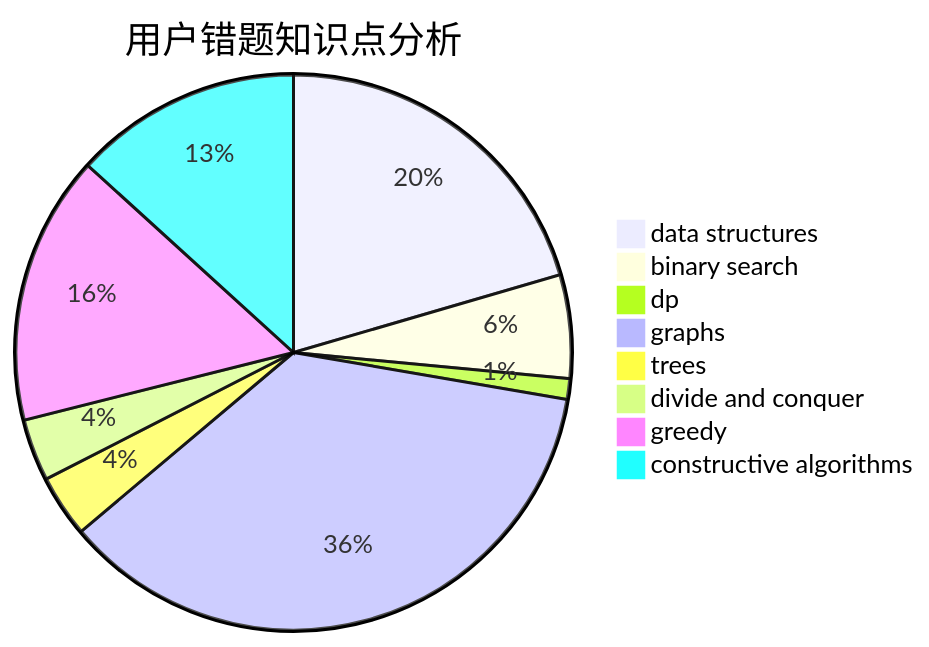
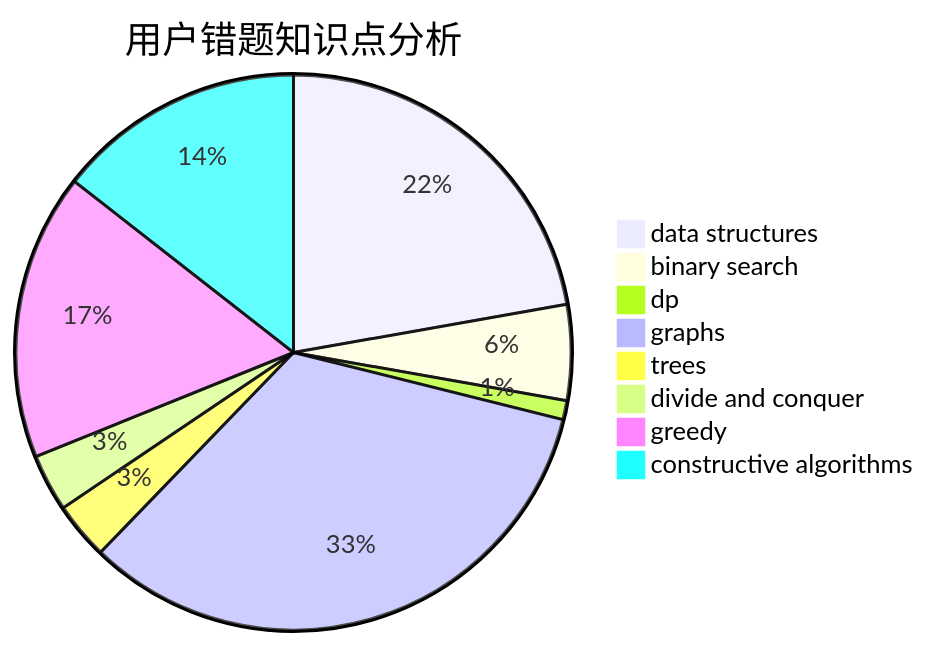
One commit to sherpahu/cfrs.github.io changed the third of 3 diagrams in docs/user/u334.md. Above: the diagram before and after it, drawn with Mermaid. The commit also changed other lines of this file and 2770 other files, not shown here.

````diff
--- a/docs/user/u334.md
+++ b/docs/user/u334.md
@@ -36,11 +36,11 @@
 ```mermaid
 pie title 用户错题知识点分析
-    "data structures" :  17
+    "data structures" :  20
     "binary search" :  5
     "dp" :  1
     "graphs" :  30
     "trees" :  3
     "divide and conquer" :  3
-    "greedy" :  13
-    "constructive algorithms" :  11
+    "greedy" :  15
+    "constructive algorithms" :  13
 ```
````
